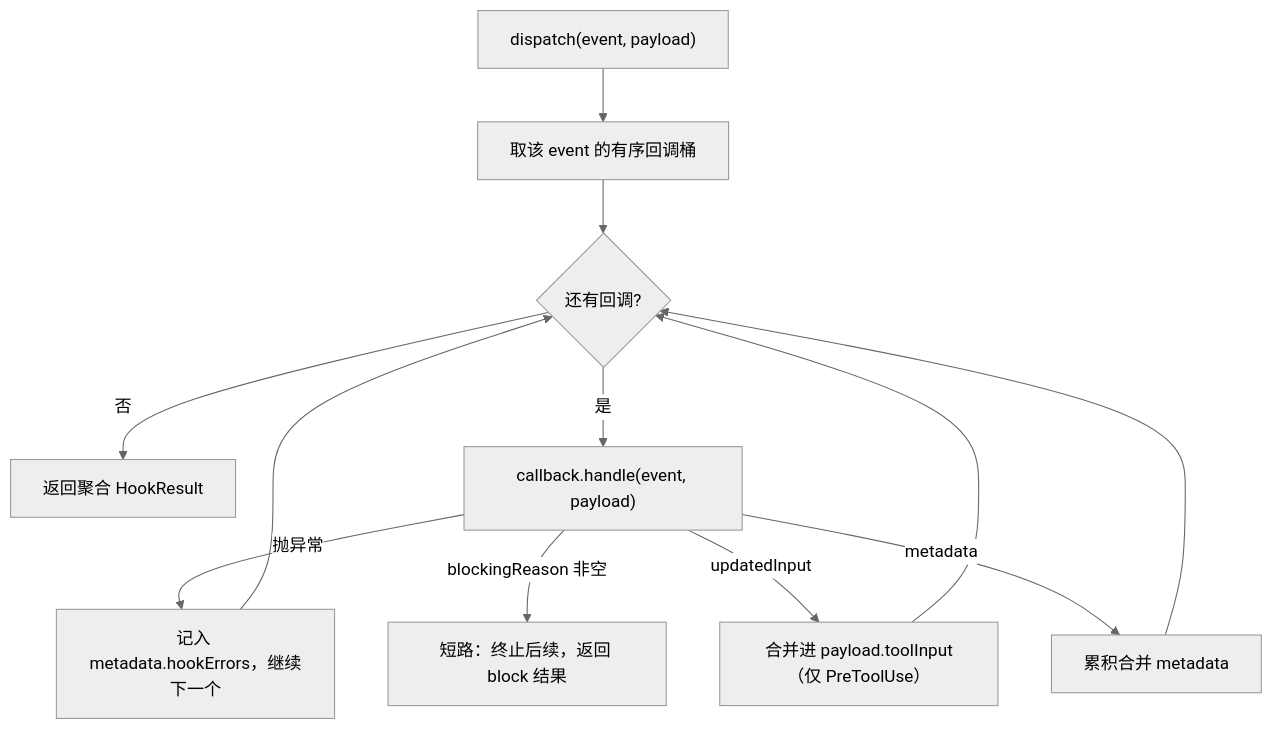
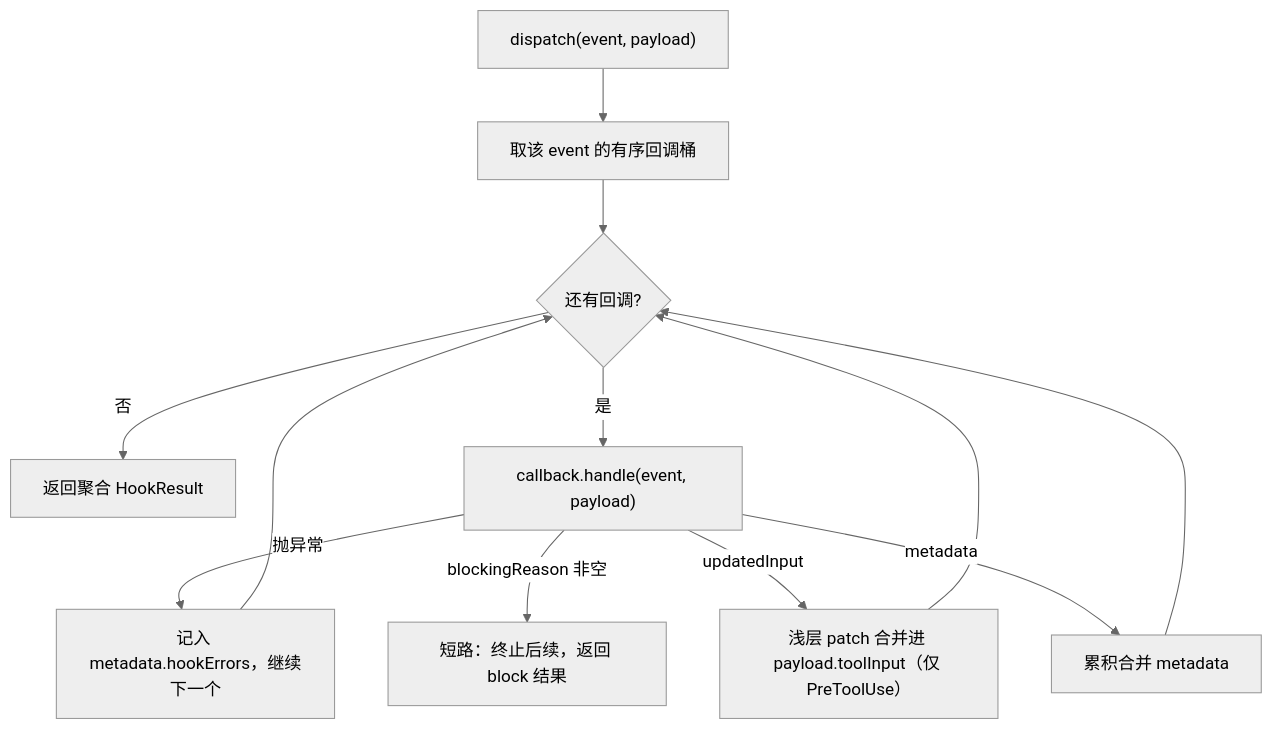
Before and after one commit to EtherealStar/PixFlow: the second of 2 diagrams in docs/design-docs/harness/hooks.md, drawn with Mermaid (neutral theme). The commit also changed other lines of this file and 6 other files, not shown here.

````diff
--- a/docs/design-docs/harness/hooks.md
+++ b/docs/design-docs/harness/hooks.md
@@ -233,14 +243,14 @@
 ```mermaid
 flowchart TD
   Start["dispatch(event, payload)"] --> Bucket["取该 event 的有序回调桶"]
   Bucket --> Loop{"还有回调?"}
   Loop -->|否| Agg["返回聚合 HookResult"]
   Loop -->|是| Run["callback.handle(event, payload)"]
   Run -->|抛异常| Catch["记入 metadata.hookErrors，继续下一个"]
   Run -->|blockingReason 非空| Stop["短路：终止后续，返回 block 结果"]
-  Run -->|updatedInput| MergeIn["合并进 payload.toolInput（仅 PreToolUse）"]
+  Run -->|updatedInput| MergeIn["浅层 patch 合并进 payload.toolInput（仅 PreToolUse）"]
   Run -->|metadata| MergeMeta["累积合并 metadata"]
   Catch --> Loop
   MergeIn --> Loop
   MergeMeta --> Loop
 ```
````
